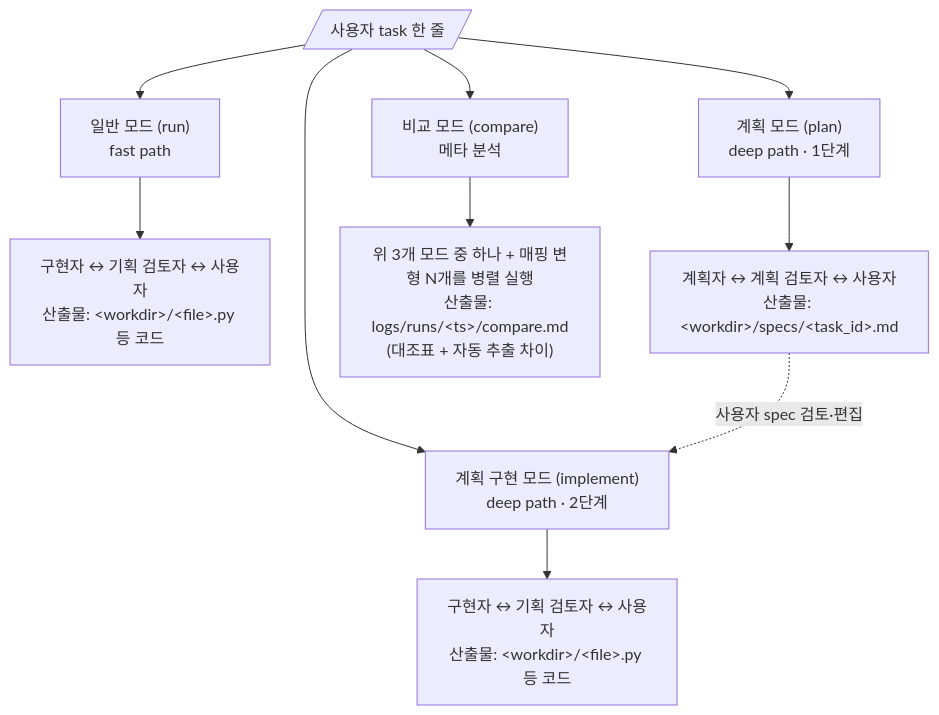
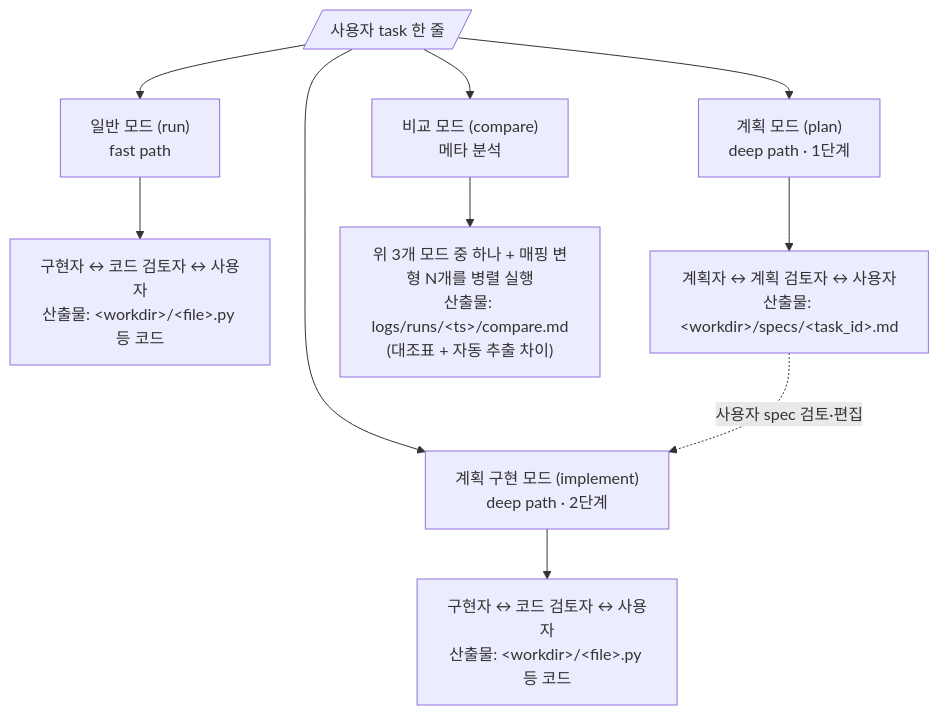
The third of 3 diagrams in docs/dev-docs/architecture.md (shinjw4929/Dialectic-CLI), drawn with Mermaid before and after one commit. The commit also changed other lines of this file and 8 other files, not shown here.

````diff
--- a/docs/dev-docs/architecture.md
+++ b/docs/dev-docs/architecture.md
@@ -80,15 +80,15 @@
 ```mermaid
 flowchart TD
     Task[/"사용자 task 한 줄"/]
 
     Task --> Run["일반 모드 (run)<br/>fast path"]
     Task --> Plan["계획 모드 (plan)<br/>deep path · 1단계"]
     Task --> Impl["계획 구현 모드 (implement)<br/>deep path · 2단계"]
     Task --> Compare["비교 모드 (compare)<br/>메타 분석"]
 
-    Run --> RunOut["구현자 ↔ 기획 검토자 ↔ 사용자<br/>산출물: &lt;workdir&gt;/&lt;file&gt;.py 등 코드"]
+    Run --> RunOut["구현자 ↔ 코드 검토자 ↔ 사용자<br/>산출물: &lt;workdir&gt;/&lt;file&gt;.py 등 코드"]
     Plan --> PlanOut["계획자 ↔ 계획 검토자 ↔ 사용자<br/>산출물: &lt;workdir&gt;/specs/&lt;task_id&gt;.md"]
     PlanOut -. 사용자 spec 검토·편집 .-> Impl
-    Impl --> ImplOut["구현자 ↔ 기획 검토자 ↔ 사용자<br/>산출물: &lt;workdir&gt;/&lt;file&gt;.py 등 코드"]
+    Impl --> ImplOut["구현자 ↔ 코드 검토자 ↔ 사용자<br/>산출물: &lt;workdir&gt;/&lt;file&gt;.py 등 코드"]
     Compare --> CompareOut["위 3개 모드 중 하나 + 매핑 변형 N개를 병렬 실행<br/>산출물: logs/runs/&lt;ts&gt;/compare.md<br/>(대조표 + 자동 추출 차이)"]
 ```
````
